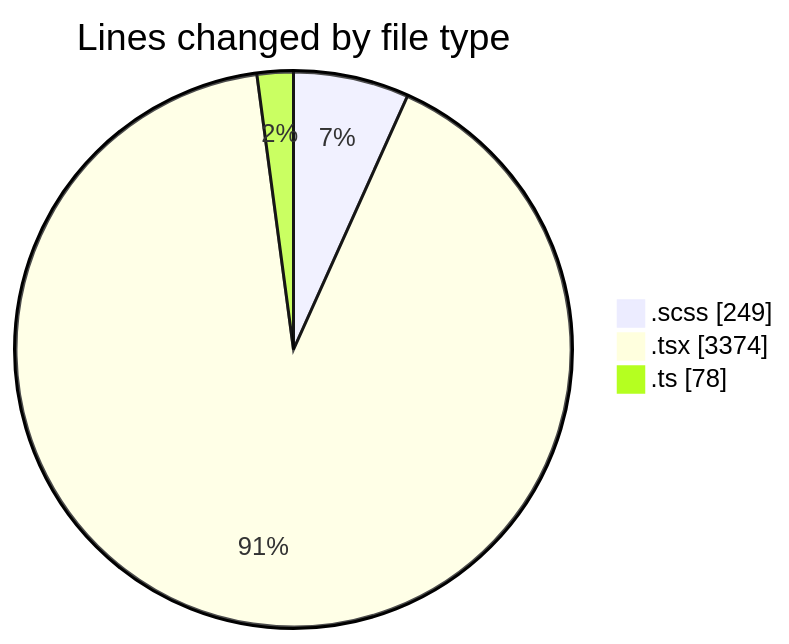
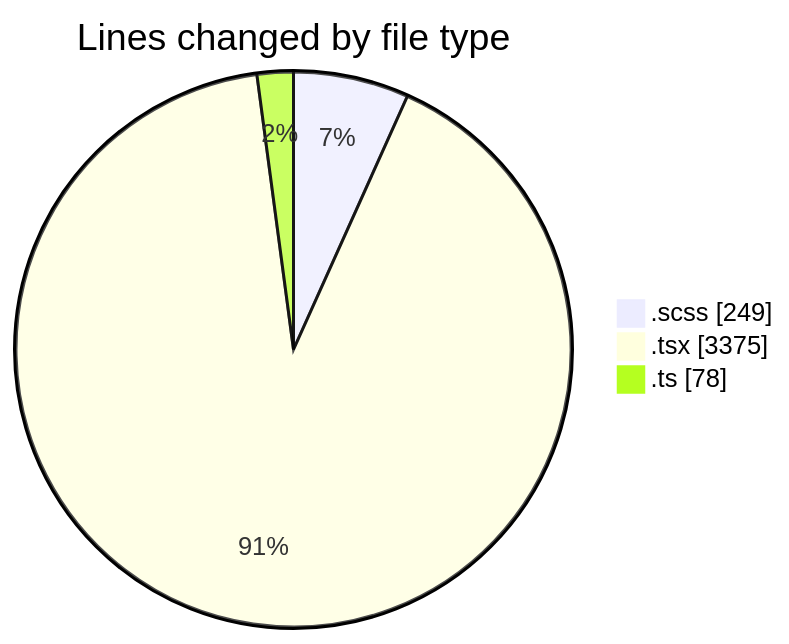
Before and after one commit to momahboobian/code-tracking: the first of 2 diagrams in 2025-09-26/cda/README.md, drawn with Mermaid. The commit also changed other lines of this file and 1 other file, not shown here.

````diff
--- a/2025-09-26/cda/README.md
+++ b/2025-09-26/cda/README.md
@@ -24,7 +24,7 @@
 ```mermaid
 pie showData
 title Lines changed by file type
 ".scss" : 249
-".tsx" : 3374
+".tsx" : 3375
 ".ts" : 78
 ```
````
